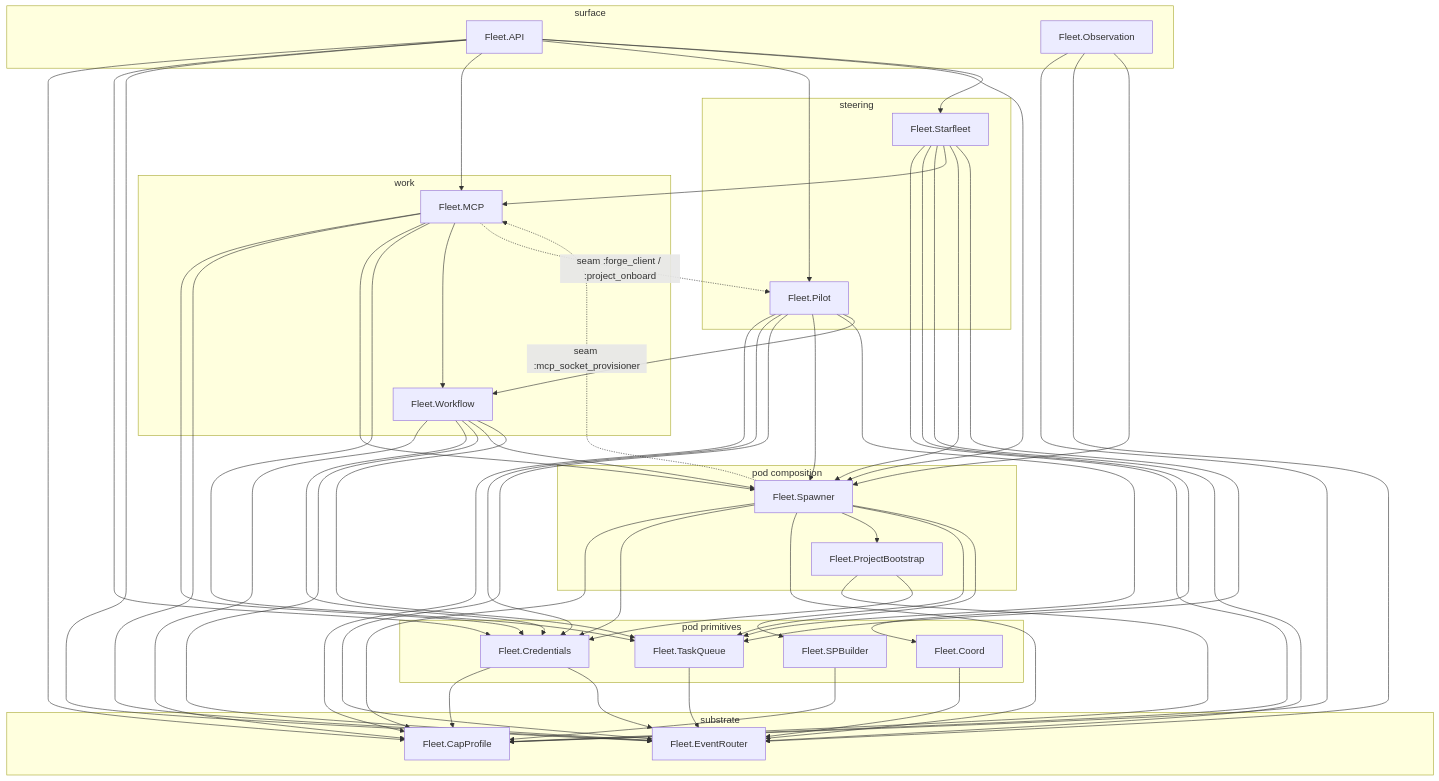
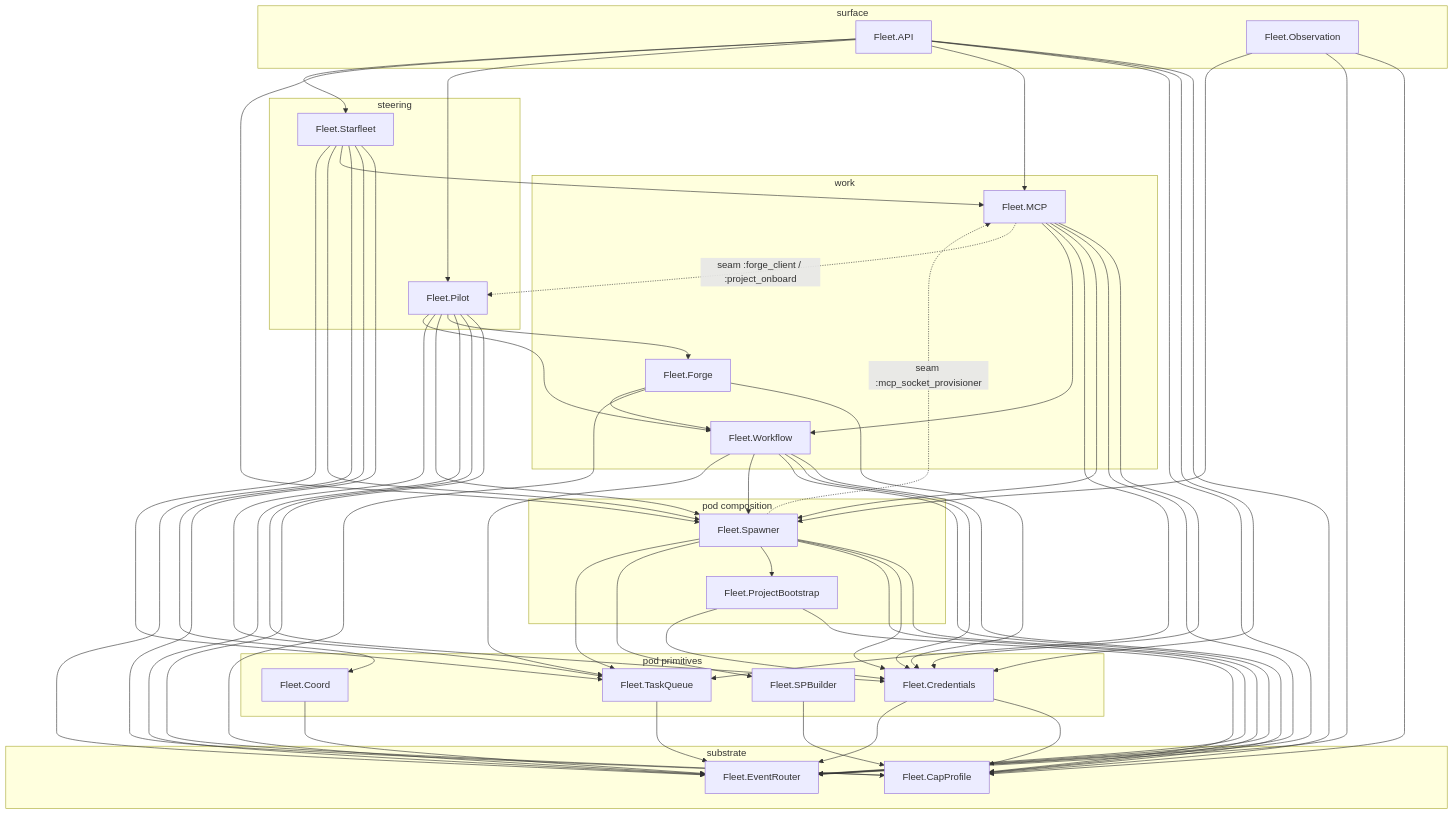
One commit to zUrp-Embedded/LCARS-fleet changed the diagram in fleet/README.md. Above: the diagram before and after it, drawn with Mermaid. The commit also changed other lines of this file and 63 other files, not shown here.

````diff
--- a/fleet/README.md
+++ b/fleet/README.md
@@ -30,76 +30,81 @@
 ```mermaid
 flowchart TB
     subgraph surface["surface"]
         Fleet_API["Fleet.API"]
         Fleet_Observation["Fleet.Observation"]
     end
     subgraph steering["steering"]
         Fleet_Pilot["Fleet.Pilot"]
         Fleet_Starfleet["Fleet.Starfleet"]
     end
     subgraph work["work"]
+        Fleet_Forge["Fleet.Forge"]
         Fleet_MCP["Fleet.MCP"]
         Fleet_Workflow["Fleet.Workflow"]
     end
     subgraph pod_composition["pod composition"]
         Fleet_ProjectBootstrap["Fleet.ProjectBootstrap"]
         Fleet_Spawner["Fleet.Spawner"]
     end
     subgraph pod_primitives["pod primitives"]
         Fleet_Coord["Fleet.Coord"]
         Fleet_Credentials["Fleet.Credentials"]
         Fleet_SPBuilder["Fleet.SPBuilder"]
         Fleet_TaskQueue["Fleet.TaskQueue"]
     end
     subgraph substrate["substrate"]
         Fleet_CapProfile["Fleet.CapProfile"]
         Fleet_EventRouter["Fleet.EventRouter"]
     end
     Fleet_API --> Fleet_CapProfile
     Fleet_API --> Fleet_Credentials
     Fleet_API --> Fleet_EventRouter
     Fleet_API --> Fleet_MCP
     Fleet_API --> Fleet_Pilot
     Fleet_API --> Fleet_Spawner
     Fleet_API --> Fleet_Starfleet
     Fleet_Coord --> Fleet_EventRouter
     Fleet_Credentials --> Fleet_CapProfile
     Fleet_Credentials --> Fleet_EventRouter
+    Fleet_Forge --> Fleet_Credentials
+    Fleet_Forge --> Fleet_EventRouter
+    Fleet_Forge --> Fleet_Workflow
     Fleet_MCP --> Fleet_Credentials
     Fleet_MCP --> Fleet_EventRouter
     Fleet_MCP --> Fleet_Spawner
     Fleet_MCP --> Fleet_TaskQueue
     Fleet_MCP --> Fleet_Workflow
     Fleet_Observation --> Fleet_CapProfile
     Fleet_Observation --> Fleet_EventRouter
     Fleet_Observation --> Fleet_Spawner
     Fleet_Pilot --> Fleet_CapProfile
     Fleet_Pilot --> Fleet_Credentials
     Fleet_Pilot --> Fleet_EventRouter
+    Fleet_Pilot --> Fleet_Forge
     Fleet_Pilot --> Fleet_Spawner
     Fleet_Pilot --> Fleet_TaskQueue
     Fleet_Pilot --> Fleet_Workflow
     Fleet_ProjectBootstrap --> Fleet_CapProfile
     Fleet_ProjectBootstrap --> Fleet_Credentials
     Fleet_SPBuilder --> Fleet_CapProfile
     Fleet_Spawner --> Fleet_CapProfile
     Fleet_Spawner --> Fleet_Credentials
     Fleet_Spawner --> Fleet_EventRouter
     Fleet_Spawner --> Fleet_ProjectBootstrap
     Fleet_Spawner --> Fleet_SPBuilder
     Fleet_Spawner --> Fleet_TaskQueue
     Fleet_Starfleet --> Fleet_CapProfile
     Fleet_Starfleet --> Fleet_Coord
     Fleet_Starfleet --> Fleet_EventRouter
     Fleet_Starfleet --> Fleet_MCP
     Fleet_Starfleet --> Fleet_Spawner
     Fleet_Starfleet --> Fleet_TaskQueue
     Fleet_TaskQueue --> Fleet_EventRouter
     Fleet_Workflow --> Fleet_CapProfile
     Fleet_Workflow --> Fleet_Credentials
     Fleet_Workflow --> Fleet_EventRouter
     Fleet_Workflow --> Fleet_Spawner
     Fleet_Workflow --> Fleet_TaskQueue
     Fleet_Spawner -. "seam :mcp_socket_provisioner" .-> Fleet_MCP
     Fleet_MCP -. "seam :forge_client / :project_onboard" .-> Fleet_Pilot
 ```
````
